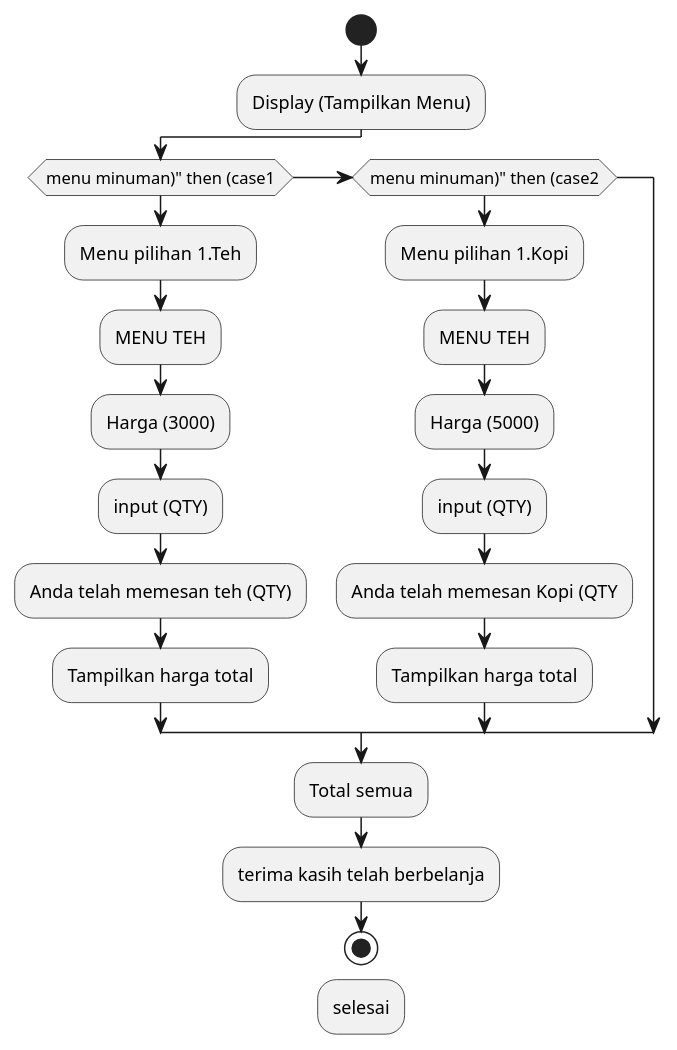
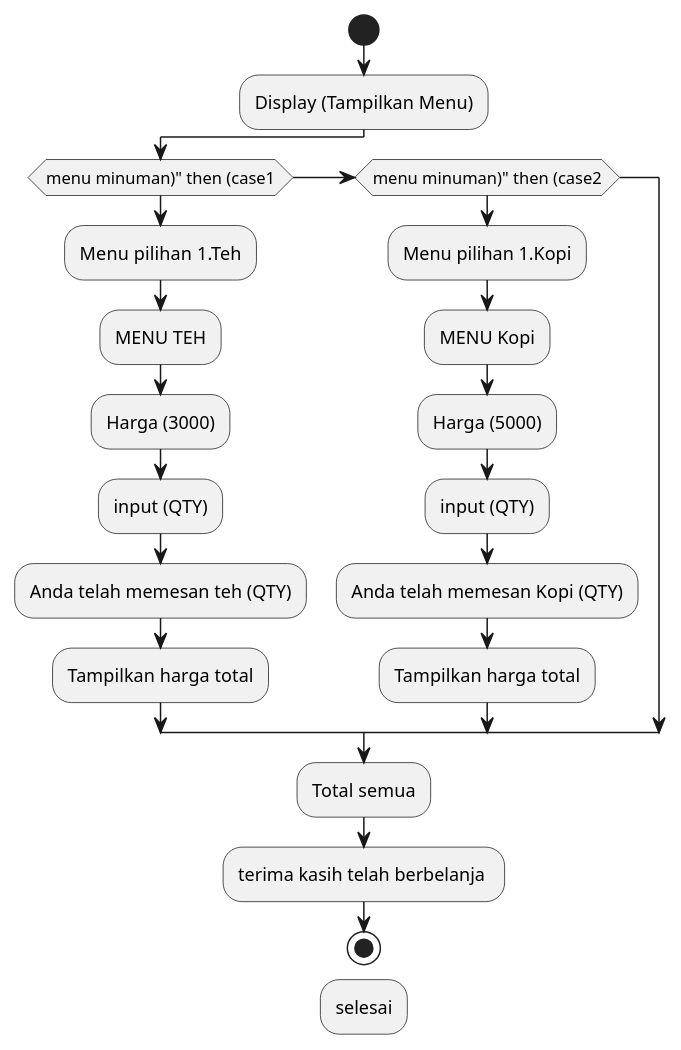
The diagram in pert6/Tugas.puml (dinosaurusjawa/Bahasa-Pemograman), drawn with PlantUML before and after one commit.

```diff
--- a/pert6/Tugas.puml
+++ b/pert6/Tugas.puml
@@ -1,31 +1,31 @@
 @startuml Tugas.cpp
 
 start
 :Display (Tampilkan Menu);
 
 if  (menu minuman)" then (case1)
 
     :Menu pilihan 1.Teh;
     :MENU TEH;
     :Harga (3000);
     :input (QTY);
     :Anda telah memesan teh (QTY);
     :Tampilkan harga total;
 
 elseif (menu minuman)" then (case2)
 
     :Menu pilihan 1.Kopi;
-    :MENU TEH;
+    :MENU Kopi;
     :Harga (5000);
     :input (QTY);
-    :Anda telah memesan Kopi (QTY;
+    :Anda telah memesan Kopi (QTY);
     :Tampilkan harga total;
 
 endif
    :Total semua;
-   :terima kasih telah berbelanja;
+   :terima kasih telah berbelanja ;
 
 stop
 :selesai;
 
 @enduml
```
